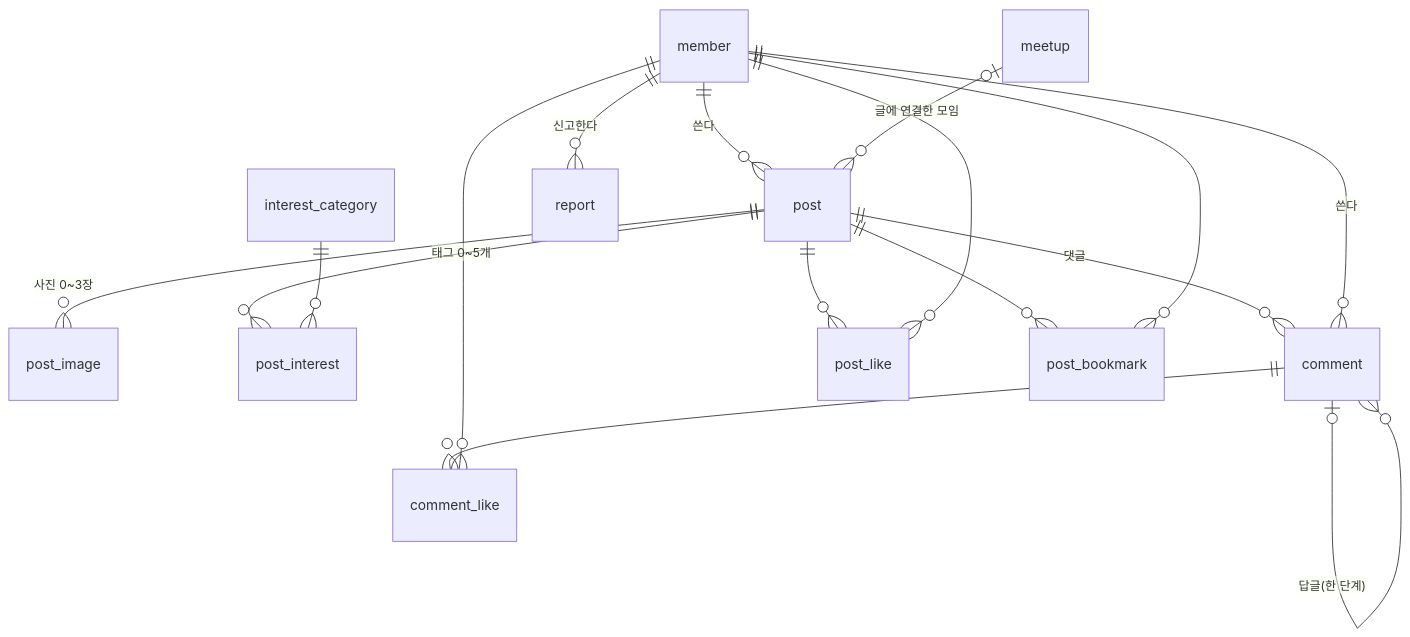
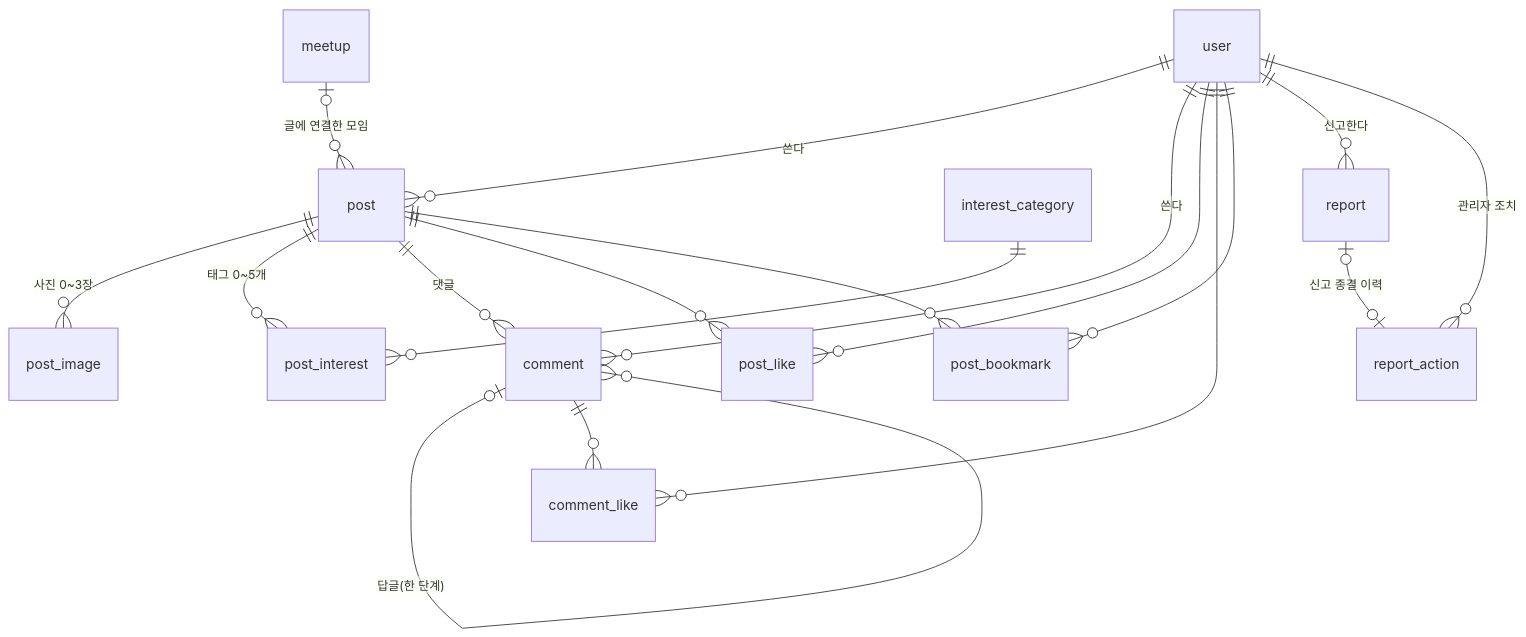
One commit to it-ting-team/it-ting changed the diagram in docs/db/community.md. Above: the diagram before and after it, drawn with Mermaid. The commit also changed other lines of this file and 6 other files, not shown here.

````diff
--- a/docs/db/community.md
+++ b/docs/db/community.md
@@ -5,18 +5,20 @@
 ```mermaid
 erDiagram
-    member ||--o{ post : "쓴다"
+    user ||--o{ post : "쓴다"
     meetup |o--o{ post : "글에 연결한 모임"
     post ||--o{ post_image : "사진 0~3장"
     post ||--o{ post_interest : "태그 0~5개"
     interest_category ||--o{ post_interest : ""
     post ||--o{ comment : "댓글"
     comment |o--o{ comment : "답글(한 단계)"
-    member ||--o{ comment : "쓴다"
+    user ||--o{ comment : "쓴다"
     post ||--o{ post_like : ""
-    member ||--o{ post_like : ""
+    user ||--o{ post_like : ""
     comment ||--o{ comment_like : ""
-    member ||--o{ comment_like : ""
+    user ||--o{ comment_like : ""
     post ||--o{ post_bookmark : ""
-    member ||--o{ post_bookmark : ""
-    member ||--o{ report : "신고한다"
+    user ||--o{ post_bookmark : ""
+    user ||--o{ report : "신고한다"
+    report |o--o| report_action : "신고 종결 이력"
+    user ||--o{ report_action : "관리자 조치"
 ```
````
